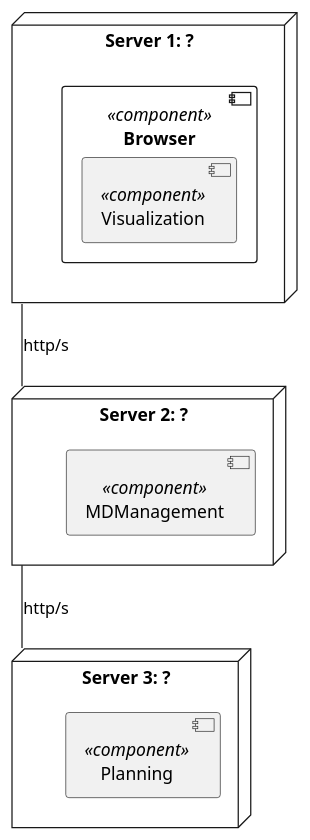
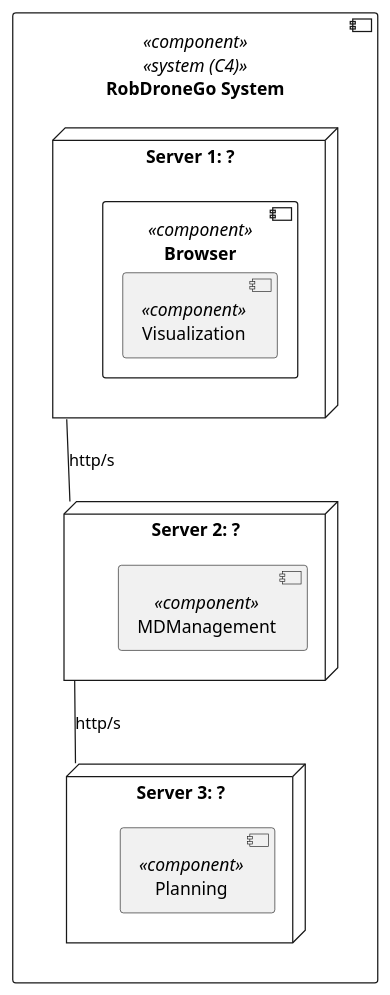
Before and after one commit to miseEnPlace-dev/lapr5: the diagram in _wiki/views/level-2/physical-view.puml, drawn with PlantUML. The commit also changed 20 other files, not shown here.

```diff
--- a/_wiki/views/level-2/physical-view.puml
+++ b/_wiki/views/level-2/physical-view.puml
@@ -1,23 +1,25 @@
 @startuml physical-view
 
-node "Server 1: ?" as S1 {
-  component "Browser" as B <<component>> {
-    component "Visualization" as V <<component>> {
+component "RobDroneGo System" <<component>> <<system (C4)>> {
+  node "Server 1: ?" as S1 {
+    component "Browser" as B <<component>> {
+      component "Visualization" as V <<component>> {
+      }
     }
   }
+
+  node "Server 2: ?" as S2 {
+    component "MDManagement" as MDM <<component>> { 
+    }
+  }
+  
+  node "Server 3: ?" as S3 {
+    component "Planning" as P <<component>>  { 
+    }
+  } 
 }
-
-node "Server 2: ?" as S2 {
-  component "MDManagement" as MDM <<component>> { 
-  }
-}
- 
-node "Server 3: ?" as S3 {
-  component "Planning" as P <<component>>  { 
-   }
-} 
 
 S1 -- S2 : http/s
 S2 -- S3 : http/s
 
 @enduml
```
